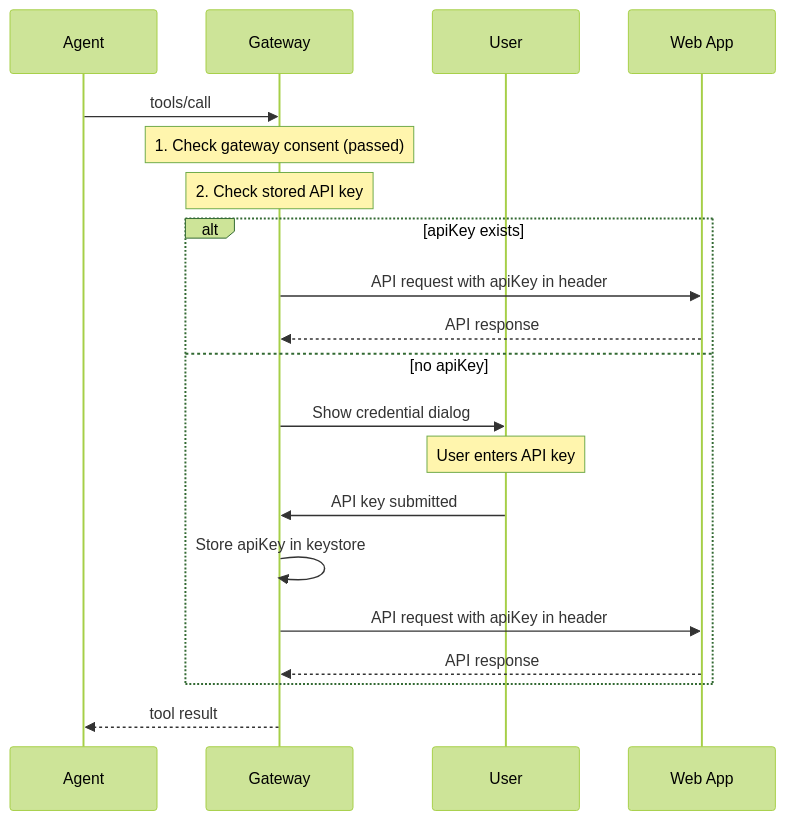
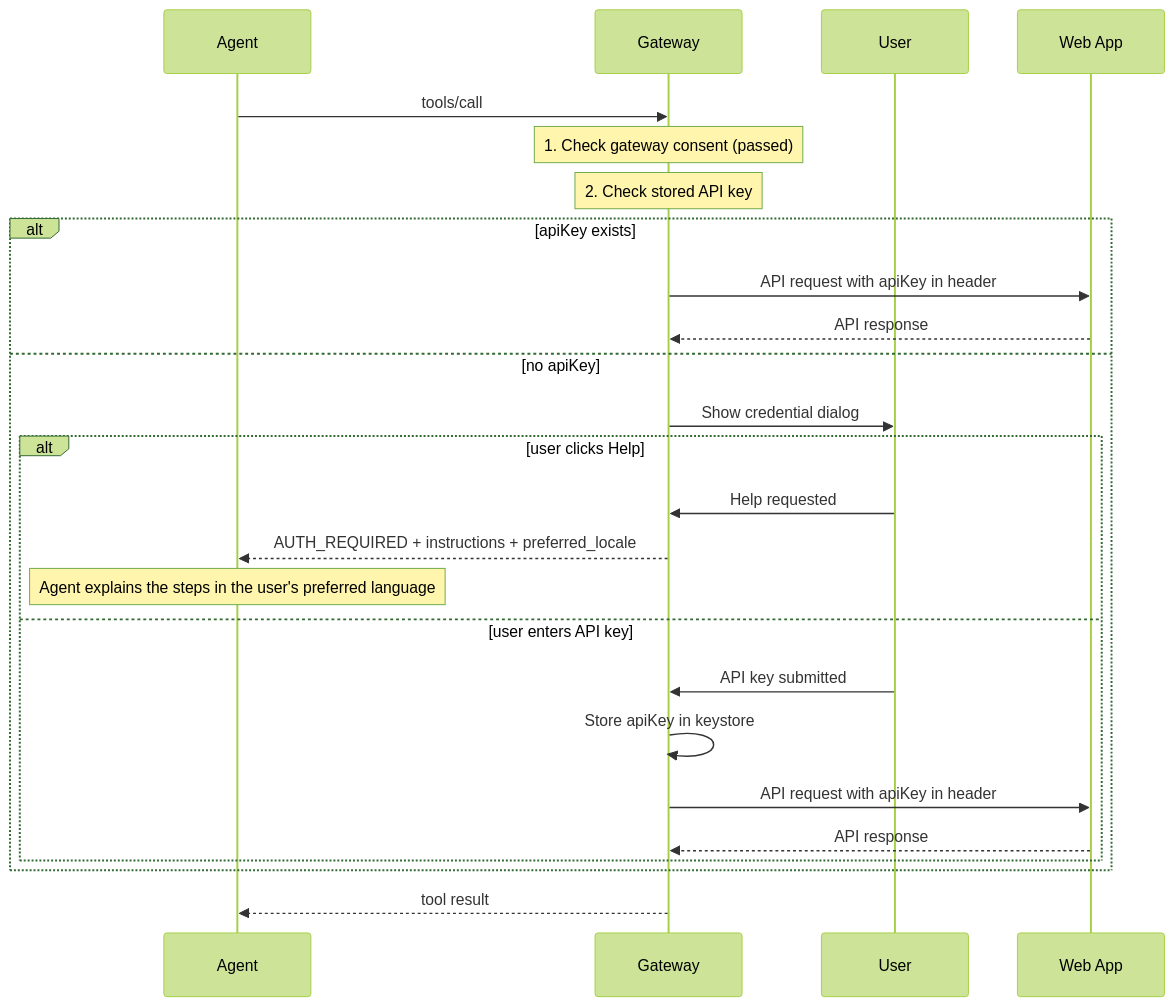
One commit to gybob/aai-protocol changed the third of 5 diagrams in spec/security.md. Above: the diagram before and after it, drawn with Mermaid (forest theme). The commit also changed other lines of this file and 2 other files, not shown here.

Commit message:
Clarify auth help guidance in protocol docs

````diff
--- a/spec/security.md
+++ b/spec/security.md
@@ -547,26 +531,31 @@
 ```mermaid
 sequenceDiagram
     participant A as Agent
     participant G as Gateway
     participant U as User
     participant W as Web App
 
     A->>G: tools/call
 
     Note over G: 1. Check gateway consent (passed)
     Note over G: 2. Check stored API key
 
     alt apiKey exists
         G->>W: API request with apiKey in header
         W-->>G: API response
     else no apiKey
         G->>U: Show credential dialog
-        Note over U: User enters API key
-        U->>G: API key submitted
-        G->>G: Store apiKey in keystore
-        G->>W: API request with apiKey in header
-        W-->>G: API response
+        alt user clicks Help
+            U->>G: Help requested
+            G-->>A: AUTH_REQUIRED + instructions + preferred_locale
+            Note over A: Agent explains the steps in the user's preferred language
+        else user enters API key
+            U->>G: API key submitted
+            G->>G: Store apiKey in keystore
+            G->>W: API request with apiKey in header
+            W-->>G: API response
+        end
     end
 
     G-->>A: tool result
 ```
````
